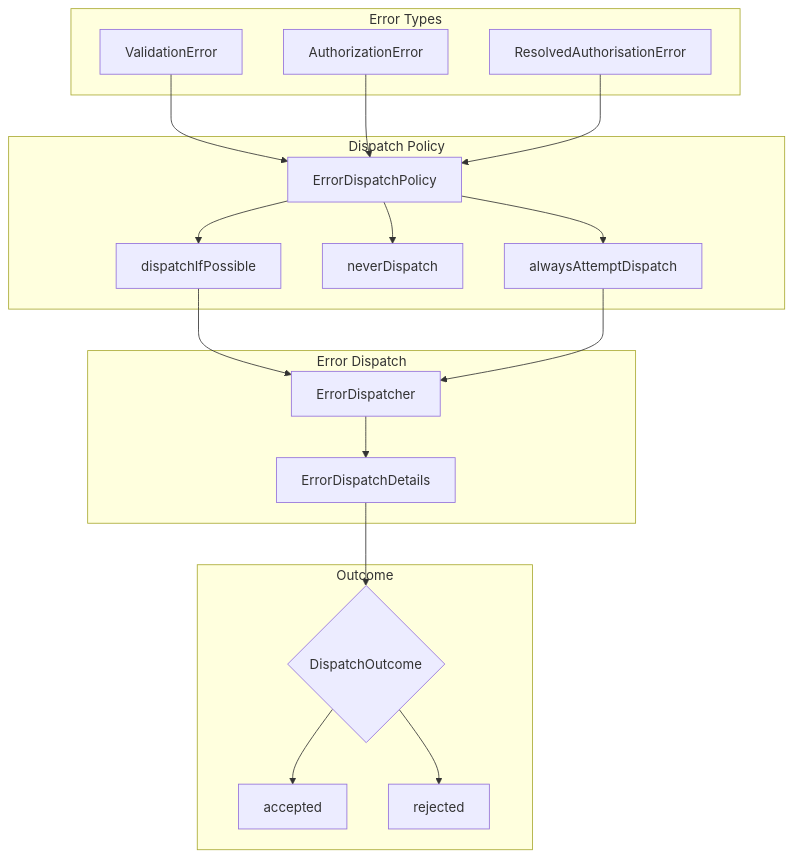
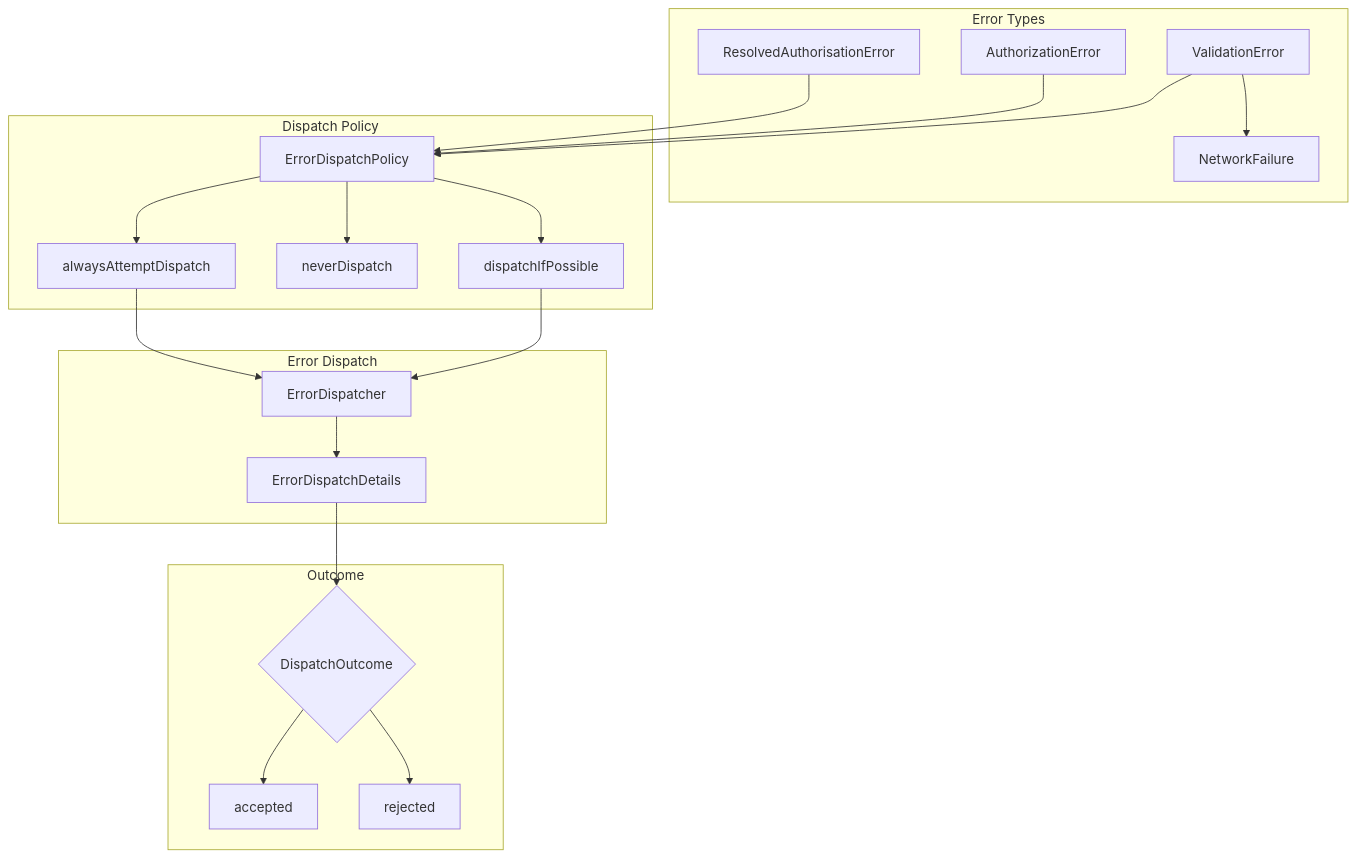
The sixth of 7 diagrams in architecture.md (eu-digital-identity-wallet/eudi-lib-ios-openid4vp-swift), drawn with Mermaid before and after one commit.

````diff
--- a/architecture.md
+++ b/architecture.md
@@ -241,39 +241,41 @@
 ```mermaid
 flowchart TD
     subgraph Errors["Error Types"]
         VE[ValidationError]
         AE[AuthorizationError]
         RAE[ResolvedAuthorisationError]
+        NF[NetworkFailure]
     end
 
     subgraph Policy["Dispatch Policy"]
         EDP[ErrorDispatchPolicy]
         DISP[dispatchIfPossible]
         NEVER[neverDispatch]
         ALWAYS[alwaysAttemptDispatch]
     end
 
     subgraph Dispatch["Error Dispatch"]
         ED[ErrorDispatcher]
         EDD[ErrorDispatchDetails]
     end
 
     subgraph Result["Outcome"]
         DO{DispatchOutcome}
         ACC[accepted]
         REJ[rejected]
     end
 
+    VE --> NF
     VE --> EDP
     AE --> EDP
     RAE --> EDP
     EDP --> DISP
     EDP --> NEVER
     EDP --> ALWAYS
     DISP --> ED
     ALWAYS --> ED
     ED --> EDD
     EDD --> DO
     DO --> ACC
     DO --> REJ
 ```
````
